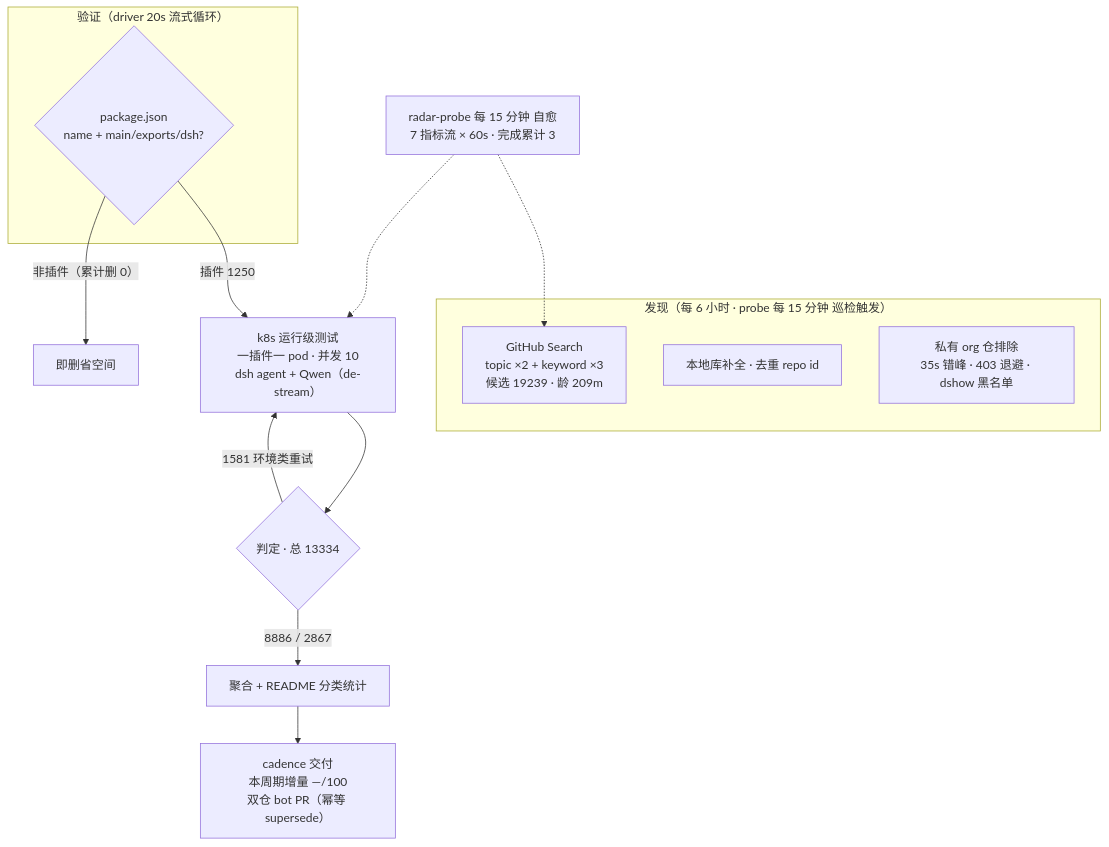
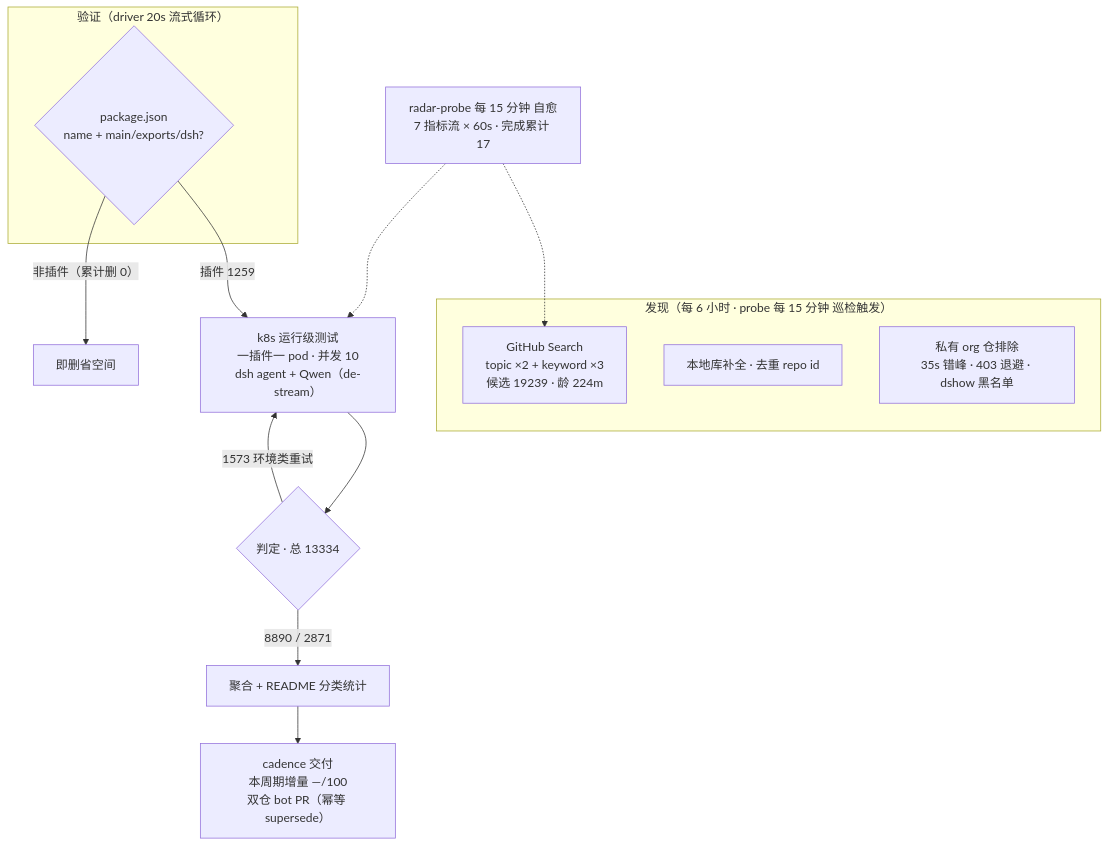
One commit to Zhidao-Lab-OSS/awesome-dsh-plugins changed the diagram in README.md. Above: the diagram before and after it, drawn with Mermaid. The commit also changed other lines of this file and 1 other file, not shown here.

````diff
--- a/README.md
+++ b/README.md
@@ -63,20 +64,20 @@
 ```mermaid
 flowchart TB
     subgraph Discovery["发现（每 6 小时 · probe 每 15 分钟 巡检触发）"]
-        A1["GitHub Search<br/>topic ×2 + keyword ×3<br/>候选 19239 · 龄 209m"]
+        A1["GitHub Search<br/>topic ×2 + keyword ×3<br/>候选 19239 · 龄 224m"]
         A2["本地库补全 · 去重 repo id"]
         A3["私有 org 仓排除<br/>35s 错峰 · 403 退避 · dshow 黑名单"]
     end
     subgraph Validation["验证（driver 20s 流式循环）"]
         B1{"package.json<br/>name + main/exports/dsh?"}
     end
-    B1 -->|"插件 1250"| C1["k8s 运行级测试<br/>一插件一 pod · 并发 10<br/>dsh agent + Qwen（de-stream）"]
+    B1 -->|"插件 1259"| C1["k8s 运行级测试<br/>一插件一 pod · 并发 10<br/>dsh agent + Qwen（de-stream）"]
     B1 -->|"非插件（累计删 0）"| B3["即删省空间"]
     C1 --> D1{"判定 · 总 13334"}
-    D1 -->|"8886 / 2867"| E1["聚合 + README 分类统计"]
-    D1 -->|"1581 环境类重试"| C1
+    D1 -->|"8890 / 2871"| E1["聚合 + README 分类统计"]
+    D1 -->|"1573 环境类重试"| C1
     E1 --> E2["cadence 交付<br/>本周期增量 —/100<br/>双仓 bot PR（幂等 supersede）"]
-    M["radar-probe 每 15 分钟 自愈<br/>7 指标流 × 60s · 完成累计 3"]
+    M["radar-probe 每 15 分钟 自愈<br/>7 指标流 × 60s · 完成累计 17"]
     M -.-> A1
     M -.-> C1
 ```
````
